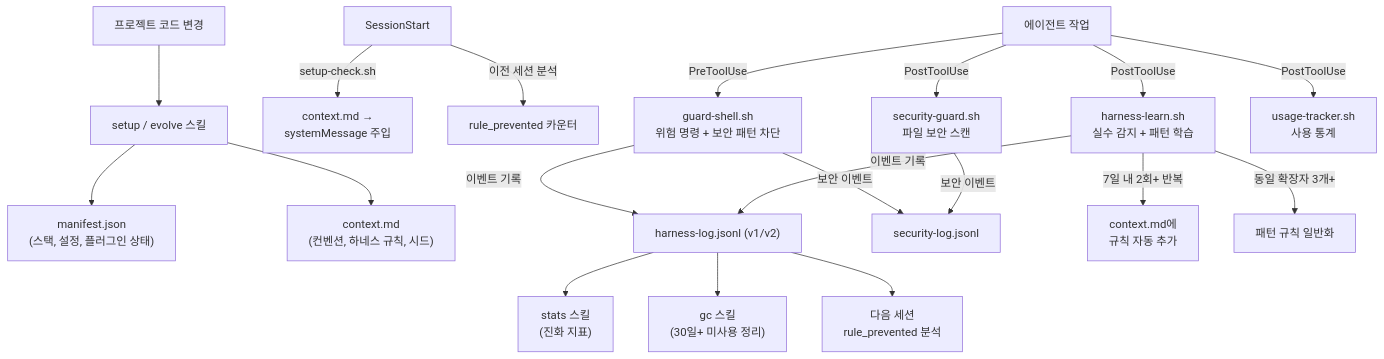
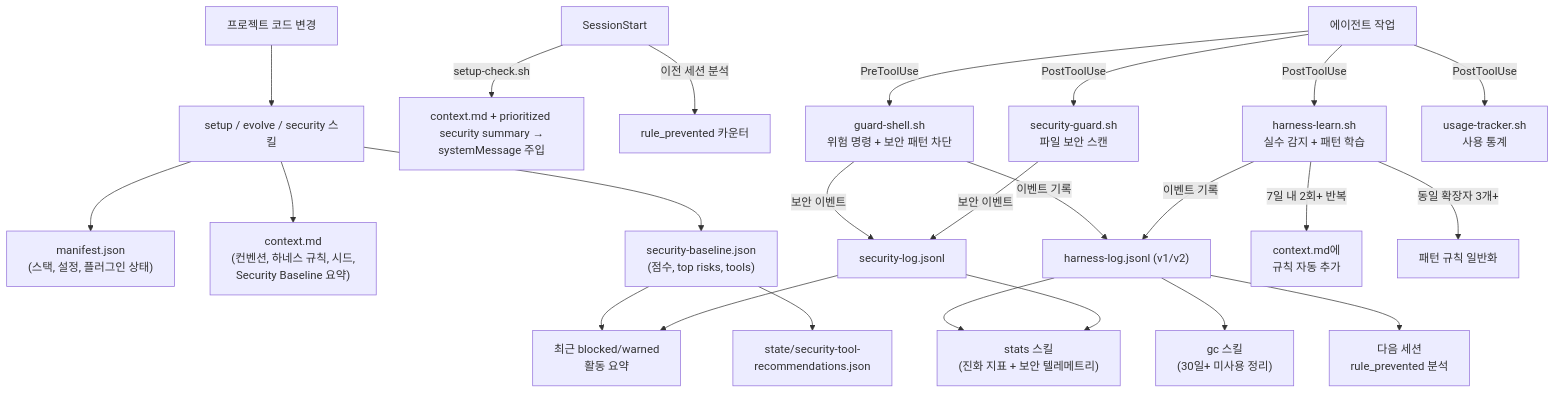
Before and after one commit to Jimmy-Jung/ai-symbiote: the second of 4 diagrams in docs/FLOWS.md, drawn with Mermaid. The commit also changed other lines of this file and 2 other files, not shown here.

Commit message:
docs: Security OS Phase 2 문서 업데이트
- 스킬 수 27 → 28 반영
- security-baseline.json 상태 파일 설명 추가
- 데이터 플로우 다이어그램에 security 경로 추가
- SessionStart 보안 요약 주입 설명 추가

````diff
--- a/docs/FLOWS.md
+++ b/docs/FLOWS.md
@@ -31,23 +31,27 @@
 ```mermaid
 flowchart TD
-    A["프로젝트 코드 변경"] --> B["setup / evolve 스킬"]
+    A["프로젝트 코드 변경"] --> B["setup / evolve / security 스킬"]
     B --> C["manifest.json<br/>(스택, 설정, 플러그인 상태)"]
-    B --> D["context.md<br/>(컨벤션, 하네스 규칙, 시드)"]
+    B --> D["context.md<br/>(컨벤션, 하네스 규칙, 시드,<br/>Security Baseline 요약)"]
+    B --> D2["security-baseline.json<br/>(점수, top risks, tools)"]
 
-    E["SessionStart"] -->|"setup-check.sh"| F["context.md →<br/>systemMessage 주입"]
+    E["SessionStart"] -->|"setup-check.sh"| F["context.md + prioritized security summary →<br/>systemMessage 주입"]
     E -->|"이전 세션 분석"| G["rule_prevented 카운터"]
 
     H["에이전트 작업"] -->|"PreToolUse"| I["guard-shell.sh<br/>위험 명령 + 보안 패턴 차단"]
     H -->|"PostToolUse"| J["harness-learn.sh<br/>실수 감지 + 패턴 학습"]
     H -->|"PostToolUse"| J2["security-guard.sh<br/>파일 보안 스캔"]
     H -->|"PostToolUse"| K["usage-tracker.sh<br/>사용 통계"]
 
     I & J -->|"이벤트 기록"| L["harness-log.jsonl (v1/v2)"]
     I & J2 -->|"보안 이벤트"| L2["security-log.jsonl"]
     J -->|"7일 내 2회+ 반복"| M["context.md에<br/>규칙 자동 추가"]
     J -->|"동일 확장자 3개+"| N["패턴 규칙 일반화"]
 
-    L --> O["stats 스킬<br/>(진화 지표)"]
-    L --> P["gc 스킬<br/>(30일+ 미사용 정리)"]
-    L --> Q["다음 세션<br/>rule_prevented 분석"]
+    D2 --> O["/security status<br/>빠른 상태 조회"]
+    L2 --> O["최근 blocked/warned<br/>활동 요약"]
+    D2 --> O2["state/security-tool-<br/>recommendations.json"]
+    L & L2 --> P["stats 스킬<br/>(진화 지표 + 보안 텔레메트리)"]
+    L --> Q["gc 스킬<br/>(30일+ 미사용 정리)"]
+    L --> R["다음 세션<br/>rule_prevented 분석"]
 ```
````
